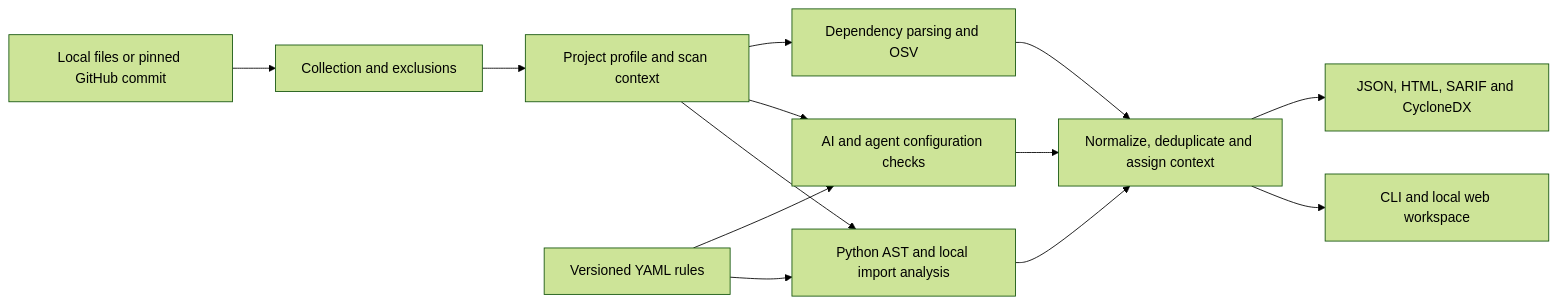
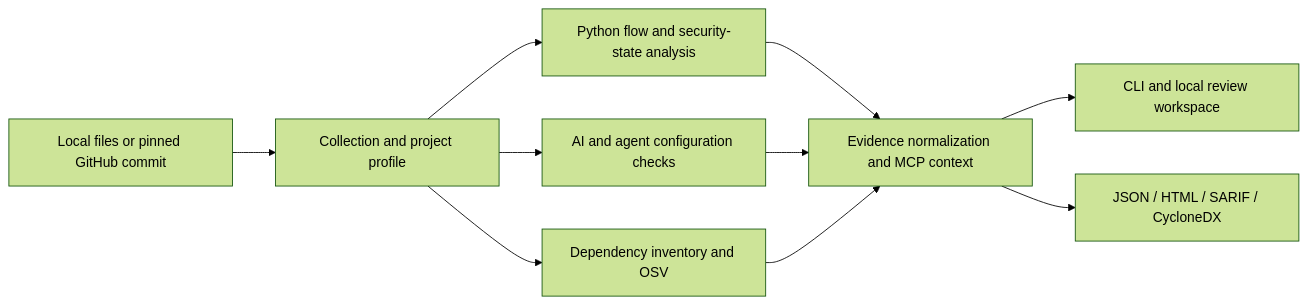
The diagram in README.md (spideyctf/theron), drawn with Mermaid (forest theme) before and after one commit. The commit also changed other lines of this file and 1 other file, not shown here.

Commit message:
Present Theron strengths and consolidate realistic project assessment

````diff
--- a/README.md
+++ b/README.md
@@ -250,15 +135,12 @@
 ```mermaid
 flowchart LR
-    A[Local files or pinned GitHub commit] --> B[Collection and exclusions]
-    B --> C[Project profile and scan context]
-    C --> D[Python AST and local import analysis]
-    C --> E[AI and agent configuration checks]
-    C --> F[Dependency parsing and OSV]
-    G[Versioned YAML rules] --> D
-    G --> E
-    D --> H[Normalize, deduplicate and assign context]
-    E --> H
-    F --> H
-    H --> I[CLI and local web workspace]
-    H --> J[JSON, HTML, SARIF and CycloneDX]
+    A[Local files or pinned GitHub commit] --> B[Collection and project profile]
+    B --> C[Python flow and security-state analysis]
+    B --> D[AI and agent configuration checks]
+    B --> E[Dependency inventory and OSV]
+    C --> F[Evidence normalization and MCP context]
+    D --> F
+    E --> F
+    F --> G[CLI and local review workspace]
+    F --> H[JSON / HTML / SARIF / CycloneDX]
 ```
````
